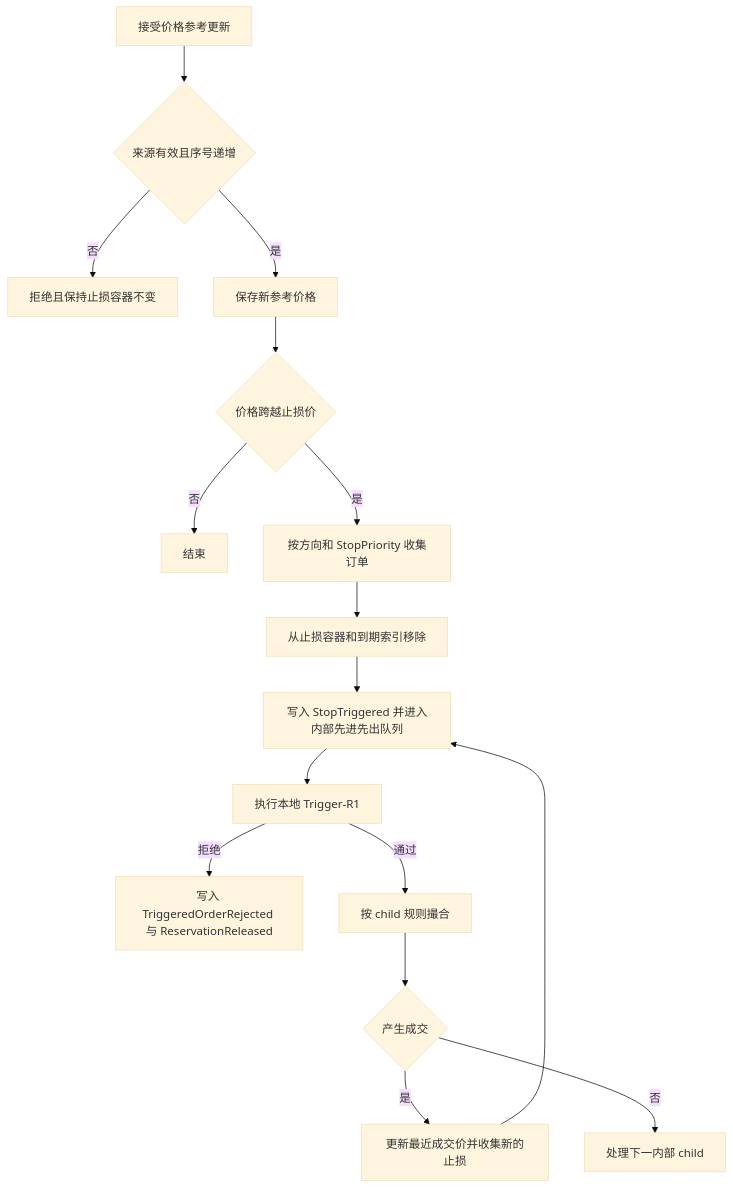
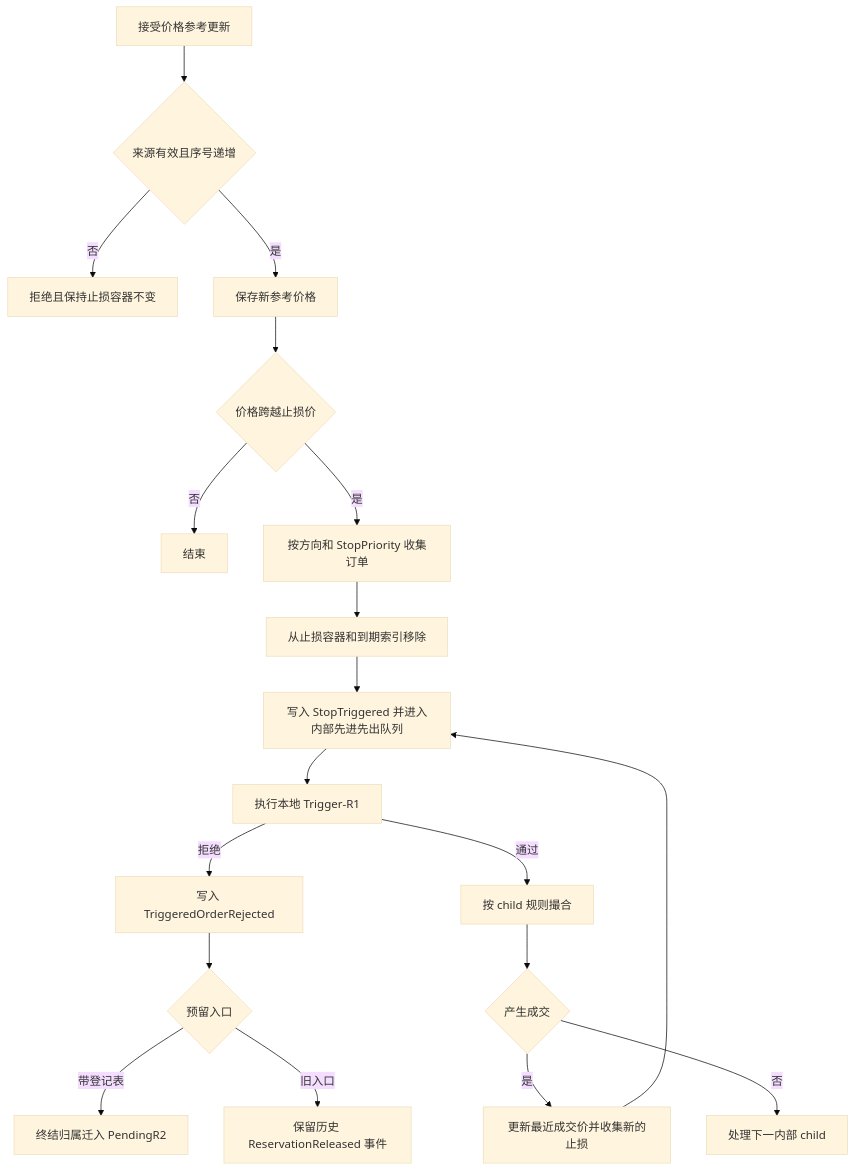
The first of 8 diagrams in docs/logic_flows.md (YANSHAO0032/tide-matching-engine), drawn with Mermaid (base theme) before and after one commit. The commit also changed other lines of this file and 114 other files, not shown here.

````diff
--- a/docs/logic_flows.md
+++ b/docs/logic_flows.md
@@ -362,18 +362,21 @@
 ```mermaid
 flowchart TD
     A[接受价格参考更新] --> B{来源有效且序号递增}
     B -- 否 --> C[拒绝且保持止损容器不变]
     B -- 是 --> D[保存新参考价格]
     D --> E{价格跨越止损价}
     E -- 否 --> F[结束]
     E -- 是 --> G[按方向和 StopPriority 收集订单]
     G --> H[从止损容器和到期索引移除]
     H --> I[写入 StopTriggered 并进入内部先进先出队列]
     I --> J[执行本地 Trigger-R1]
-    J -- 拒绝 --> K[写入 TriggeredOrderRejected 与 ReservationReleased]
+    J -- 拒绝 --> K[写入 TriggeredOrderRejected]
+    K --> P{预留入口}
+    P -- 带登记表 --> Q[终结归属迁入 PendingR2]
+    P -- 旧入口 --> R[保留历史 ReservationReleased 事件]
     J -- 通过 --> L[按 child 规则撮合]
     L --> M{产生成交}
     M -- 是 --> N[更新最近成交价并收集新的止损]
     N --> I
     M -- 否 --> O[处理下一内部 child]
 ```
````
